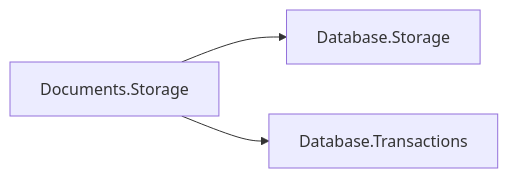
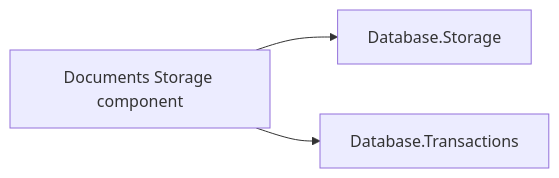
The fifth of 5 diagrams in resources/Database/Assimalign.Cohesion.Database.Documents/docs/DESIGN.md (assimalign/cohesion), drawn with Mermaid before and after one commit. The commit also changed other lines of this file and 15 other files, not shown here.

````diff
--- a/resources/Database/Assimalign.Cohesion.Database.Documents/docs/DESIGN.md
+++ b/resources/Database/Assimalign.Cohesion.Database.Documents/docs/DESIGN.md
@@ -1977,5 +1978,5 @@
 ```mermaid
 flowchart LR
-    Doc["Documents.Storage"] --> Storage["Database.Storage"]
+    Doc["Documents Storage component"] --> Storage["Database.Storage"]
     Doc --> Tx["Database.Transactions"]
 ```
````
